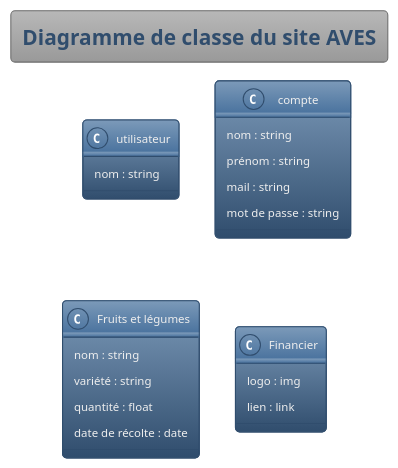
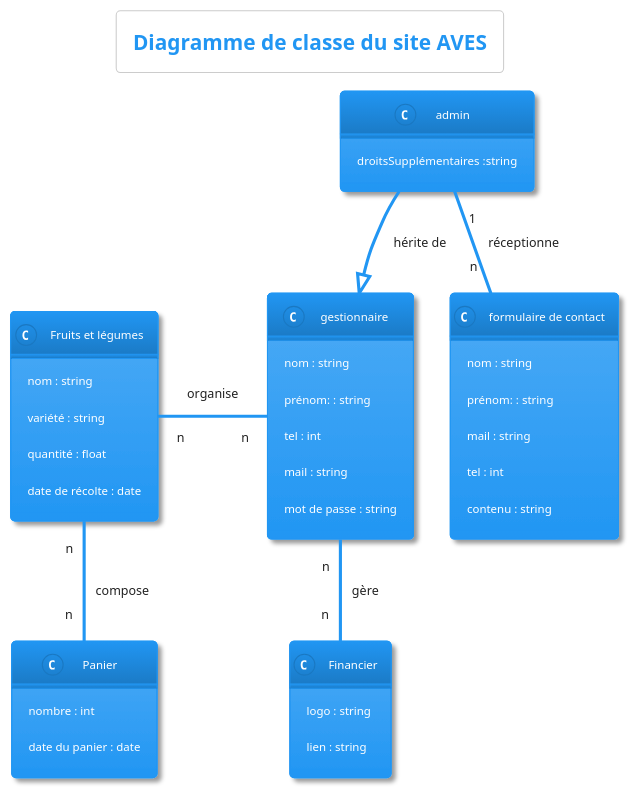
One commit to remip03/AVESVermandois changed the diagram in Conception/diagClasseAVES.puml. Above: the diagram before and after it, drawn with PlantUML.

Commit message:
diagramme de classe premier jet

```diff
--- a/Conception/diagClasseAVES.puml
+++ b/Conception/diagClasseAVES.puml
@@ -1,37 +1,63 @@
 @startuml
 title "Diagramme de classe du site AVES"
-!theme spacelab
+!theme materia
 
-Class u as "utilisateur" {
 
-    nom : string
+Class a as "admin" {
+
+    droitsSupplémentaires :string
 
 }
 
-Class c as "compte" {
+Class g as "gestionnaire" {
 
     nom : string
-    prénom : string
+    prénom: : string
+    tel : int
     mail : string
     mot de passe : string
 
 }
 
 Class fel as "Fruits et légumes" {
 
     nom : string
     variété : string
     quantité : float
     date de récolte : date
 
 }
 
-Class fin as "Financier"{
+class pa as "Panier" {
 
-    logo : img
-    lien : link
+    nombre : int
+    date du panier : date
 
 }
 
+Class fin as "Financier"{
+
+    logo : string
+    lien : string
+
+}
+
+Class fo as "formulaire de contact" {
+
+    nom : string
+    prénom: : string
+    mail : string
+    tel : int
+    contenu : string
+
+}
+
+a "1" -- "n" fo : réceptionne
+fel "n" -- "n" pa : compose
+g "n" -left- "n" fel : organise
+g "n" -- "n" fin : gère
+
+a --|> g : hérite de
+
 
 @enduml
```
